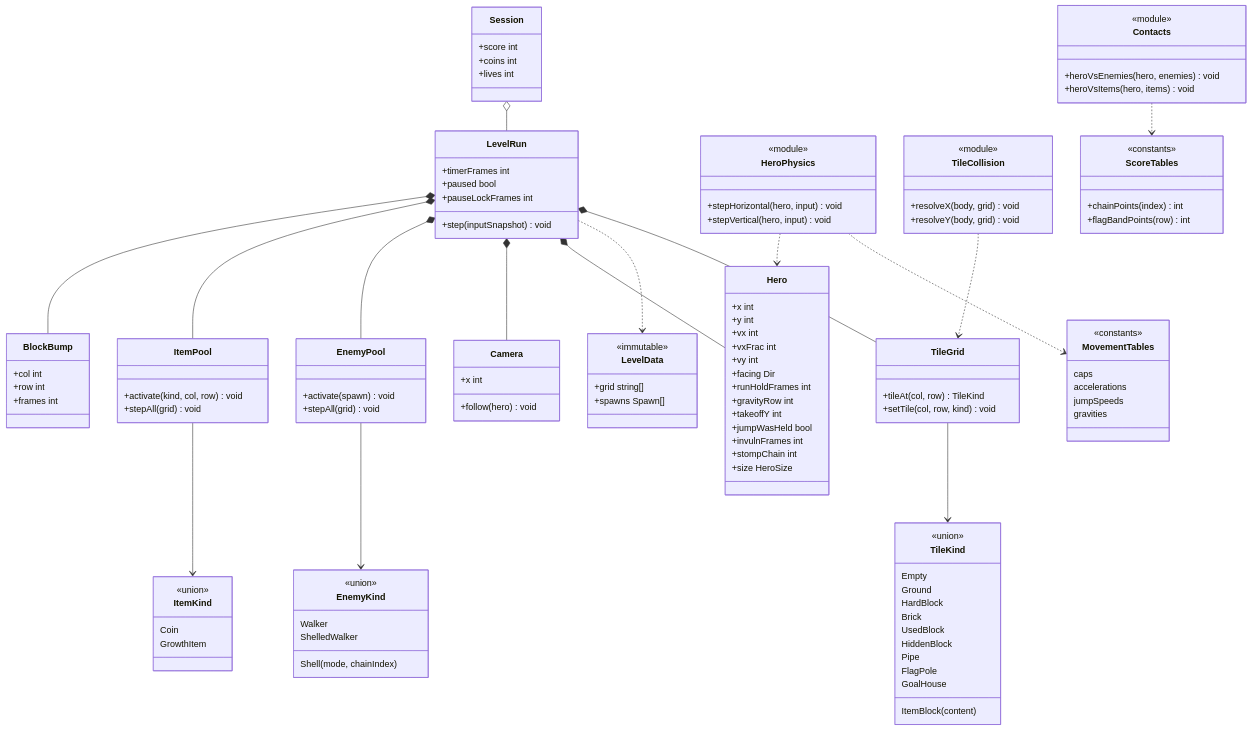
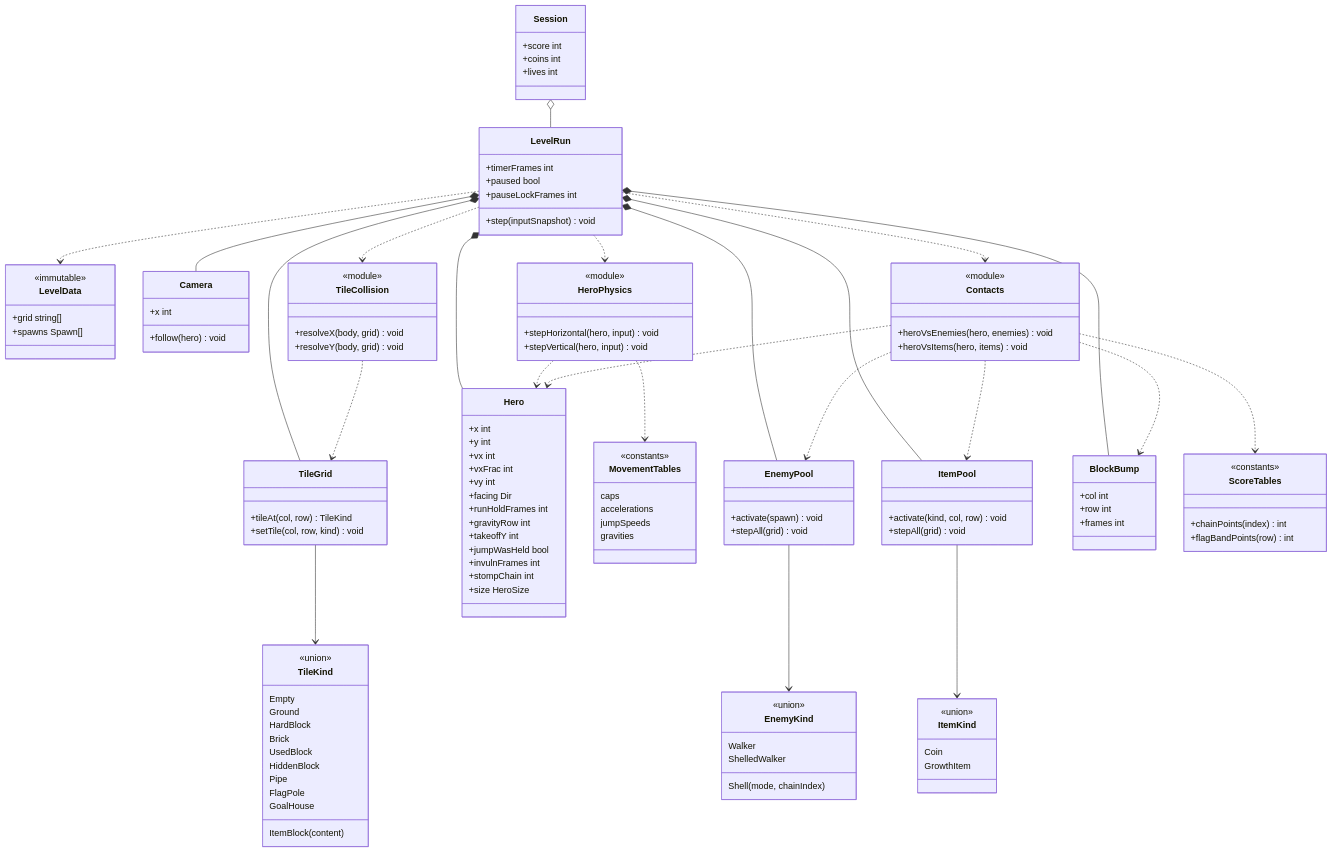
Before and after one commit to benoit-bremaud/retro-plumber: the diagram in docs/architecture/diagrams/gameplay/04-class-domain.md, drawn with Mermaid. The commit also changed other lines of this file and 6 other files, not shown here.

Commit message:
docs(uml): structural diagrams — meta classes, tick data-flow, component and class fixes (#8)

````diff
--- a/docs/architecture/diagrams/gameplay/04-class-domain.md
+++ b/docs/architecture/diagrams/gameplay/04-class-domain.md
@@ -127,7 +127,14 @@
     HeroPhysics ..> MovementTables
     HeroPhysics ..> Hero
     TileCollision ..> TileGrid
+    LevelRun ..> HeroPhysics
+    LevelRun ..> TileCollision
+    LevelRun ..> Contacts
+    Contacts ..> Hero
+    Contacts ..> EnemyPool
+    Contacts ..> ItemPool
     Contacts ..> ScoreTables
+    Contacts ..> BlockBump
     EnemyPool --> EnemyKind
     ItemPool --> ItemKind
 ```
````
